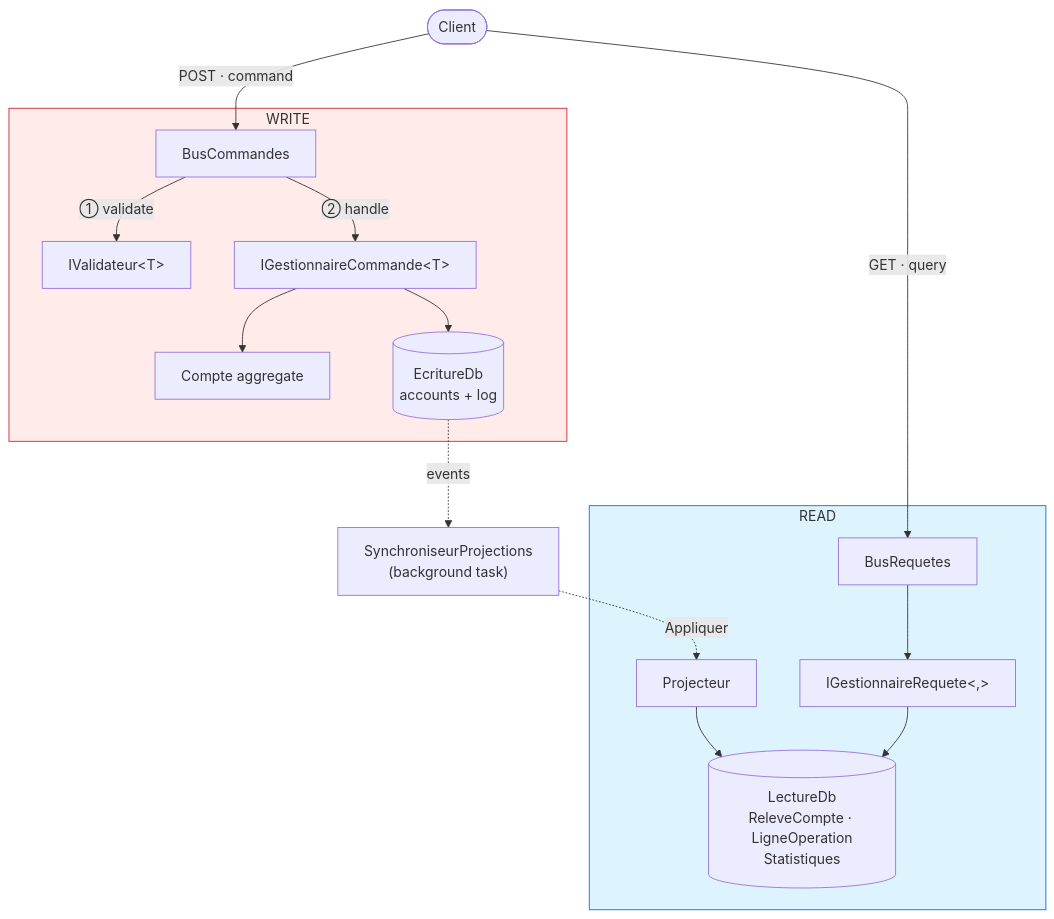
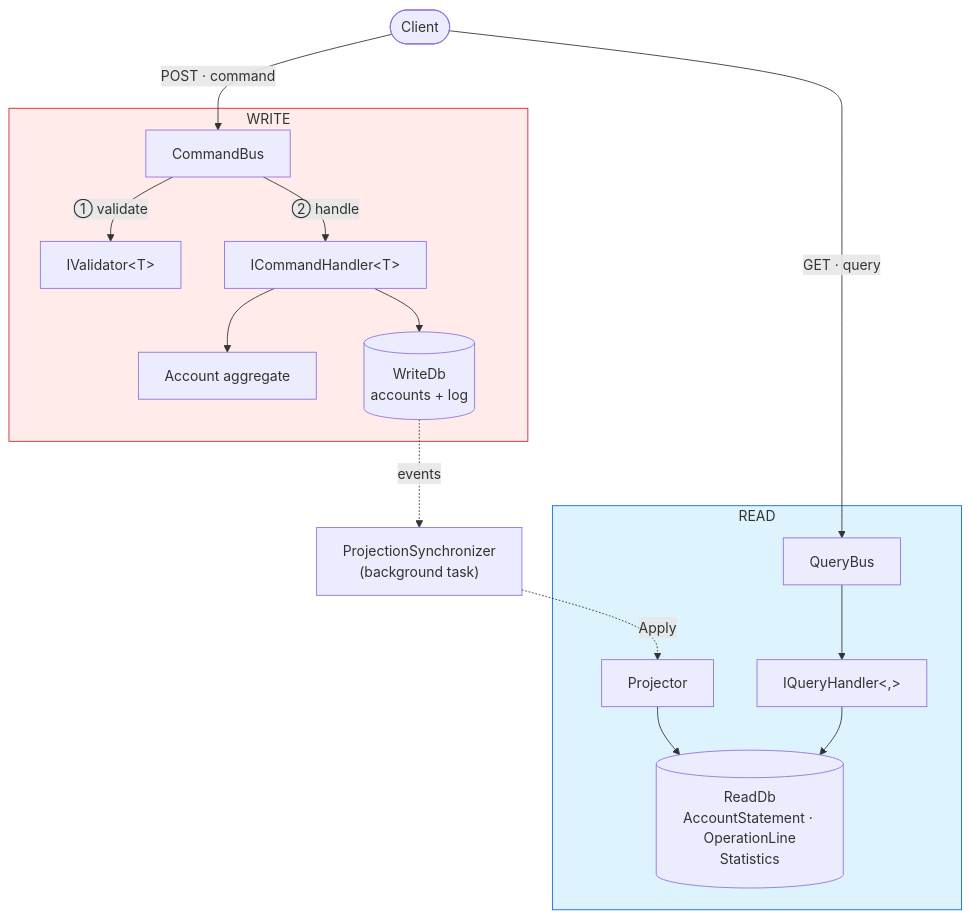
Before and after one commit to drangoht/ArchitecturesDemo: the first of 2 diagrams in Docs/en/09-cqrs.md, drawn with Mermaid. The commit also changed other lines of this file and 78 other files, not shown here.

First line of the commit message:
Docs EN : identifiants, liens, diagrammes et sorties alignés sur le code anglais

````diff
--- a/Docs/en/09-cqrs.md
+++ b/Docs/en/09-cqrs.md
@@ -24,28 +23,28 @@
 ```mermaid
 flowchart TB
     Client(["Client"])
 
     subgraph Ecriture["WRITE"]
-        BC["BusCommandes"] -->|"① validate"| Val["IValidateur&lt;T&gt;"]
-        BC -->|"② handle"| G["IGestionnaireCommande&lt;T&gt;"]
-        G --> A["Compte aggregate"]
-        G --> DBE[("EcritureDb<br/>accounts + log")]
+        BC["CommandBus"] -->|"① validate"| Val["IValidator&lt;T&gt;"]
+        BC -->|"② handle"| G["ICommandHandler&lt;T&gt;"]
+        G --> A["Account aggregate"]
+        G --> DBE[("WriteDb<br/>accounts + log")]
     end
 
-    S["SynchroniseurProjections<br/>(background task)"]
+    S["ProjectionSynchronizer<br/>(background task)"]
 
     subgraph Lecture["READ"]
-        Pr["Projecteur"] --> DBL[("LectureDb<br/>ReleveCompte · LigneOperation<br/>Statistiques")]
-        BR["BusRequetes"] --> Q["IGestionnaireRequete&lt;,&gt;"] --> DBL
+        Pr["Projector"] --> DBL[("ReadDb<br/>AccountStatement · OperationLine<br/>Statistics")]
+        BR["QueryBus"] --> Q["IQueryHandler&lt;,&gt;"] --> DBL
     end
 
     Client -->|"POST · command"| BC
     Client -->|"GET · query"| BR
     DBE -.->|"events"| S
-    S -.->|"Appliquer"| Pr
+    S -.->|"Apply"| Pr
 
     classDef ecriture fill:#ffebe9,stroke:#cf222e
     classDef lecture fill:#ddf4ff,stroke:#0969da
     class Ecriture ecriture
     class Lecture lecture
 ```
````
